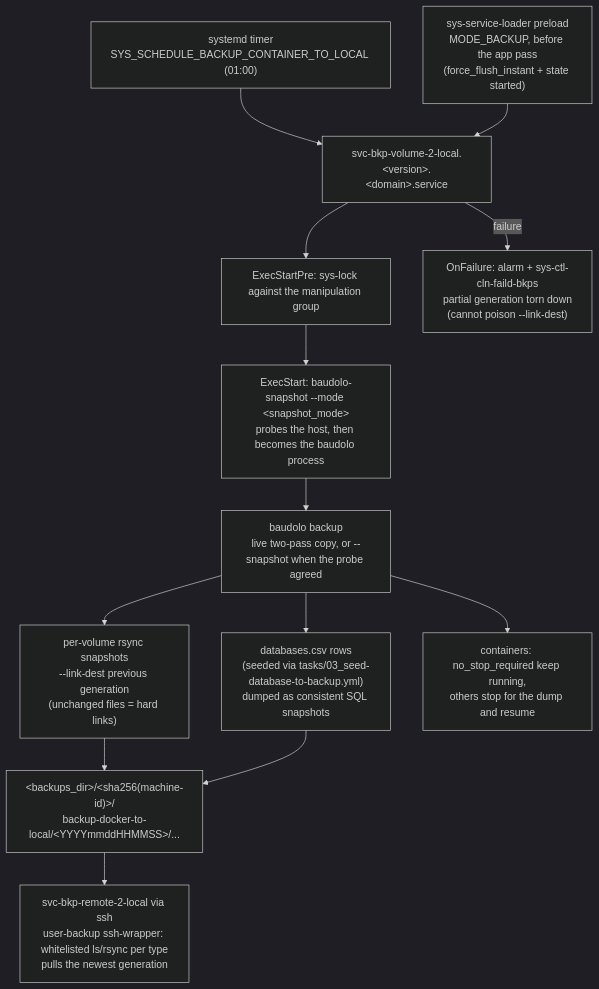
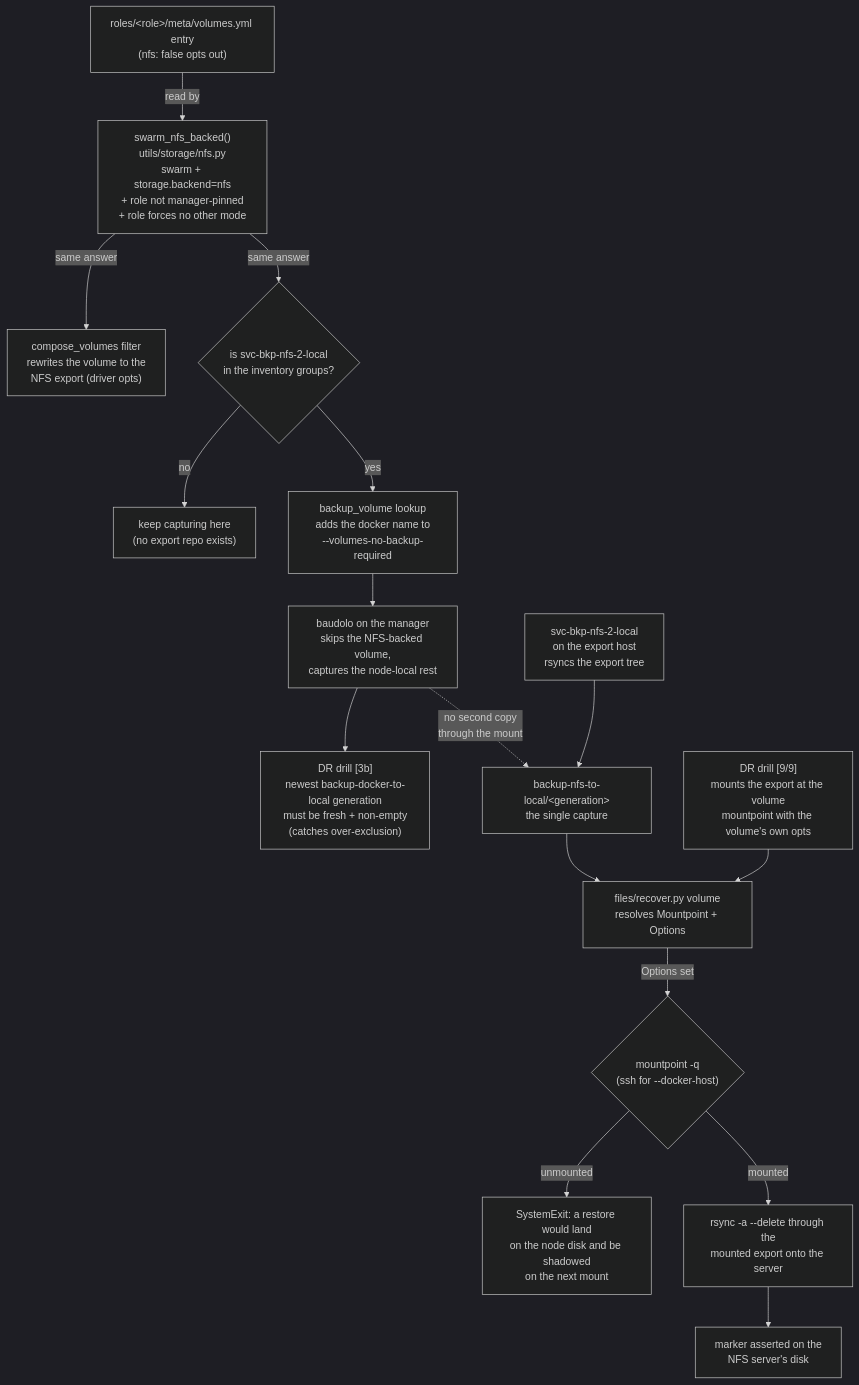
One commit to AlejandroRomanIbanez/infinito-nexus changed the second of 4 diagrams in roles/svc-bkp-volume-2-local/README.md. Above: the diagram before and after it, drawn with Mermaid (dark theme). The commit also changed other lines of this file and 2 other files, not shown here.

````diff
--- a/roles/svc-bkp-volume-2-local/README.md
+++ b/roles/svc-bkp-volume-2-local/README.md
@@ -63,15 +66,18 @@
 ```mermaid
 flowchart TD
-    TIMER["systemd timer<br>SYS_SCHEDULE_BACKUP_CONTAINER_TO_LOCAL (01:00)"] --> UNIT
-    PRELOAD["sys-service-loader preload<br>MODE_BACKUP, before the app pass<br>(force_flush_instant + state started)"] --> UNIT
-    UNIT["svc-bkp-volume-2-local.&lt;version&gt;.&lt;domain&gt;.service"] --> LOCK["ExecStartPre: sys-lock against the manipulation group"]
-    LOCK --> LAUNCH["ExecStart: baudolo-snapshot --mode &lt;snapshot_mode&gt;<br>probes the host, then becomes the baudolo process"]
-    LAUNCH --> BAUDOLO["baudolo backup<br>live two-pass copy, or --snapshot when the probe agreed"]
-    BAUDOLO --> FILES["per-volume rsync snapshots<br>--link-dest previous generation<br>(unchanged files = hard links)"]
-    BAUDOLO --> DBS["databases.csv rows<br>(seeded via tasks/03_seed-database-to-backup.yml)<br>dumped as consistent SQL snapshots"]
-    BAUDOLO --> STOP["containers: no_stop_required keep running,<br>others stop for the dump and resume"]
-    FILES --> TREE["&lt;backups_dir&gt;/&lt;sha256(machine-id)&gt;/<br>backup-docker-to-local/&lt;YYYYmmddHHMMSS&gt;/..."]
-    DBS --> TREE
-    UNIT -->|failure| ALARM["OnFailure: alarm + sys-ctl-cln-faild-bkps<br>partial generation torn down<br>(cannot poison --link-dest)"]
-    TREE --> PULL["svc-bkp-remote-2-local via ssh<br>user-backup ssh-wrapper: whitelisted ls/rsync per type<br>pulls the newest generation"]
+    META["roles/&lt;role&gt;/meta/volumes.yml entry<br>(nfs: false opts out)"] -->|read by| SPOT["swarm_nfs_backed()<br>utils/storage/nfs.py<br>swarm + storage.backend=nfs<br>+ role not manager-pinned<br>+ role forces no other mode"]
+    SPOT -->|same answer| COMPOSE["compose_volumes filter<br>rewrites the volume to the<br>NFS export (driver opts)"]
+    SPOT -->|same answer| GATE{"is svc-bkp-nfs-2-local<br>in the inventory groups?"}
+    GATE -->|no| KEEP["keep capturing here<br>(no export repo exists)"]
+    GATE -->|yes| LOOKUP["backup_volume lookup<br>adds the docker name to<br>--volumes-no-backup-required"]
+    LOOKUP --> BAUDOLO["baudolo on the manager<br>skips the NFS-backed volume,<br>captures the node-local rest"]
+    BAUDOLO --> CHECK3B["DR drill [3b]<br>newest backup-docker-to-local generation<br>must be fresh + non-empty<br>(catches over-exclusion)"]
+    EXPORT["svc-bkp-nfs-2-local<br>on the export host<br>rsyncs the export tree"] --> TREE["backup-nfs-to-local/&lt;generation&gt;<br>the single capture"]
+    BAUDOLO -.->|"no second copy<br>through the mount"| TREE
+    TREE --> RECOVER["files/recover.py volume<br>resolves Mountpoint + Options"]
+    RECOVER -->|"Options set"| PROBE{"mountpoint -q<br>(ssh for --docker-host)"}
+    PROBE -->|unmounted| REFUSE["SystemExit: a restore would land<br>on the node disk and be shadowed<br>on the next mount"]
+    PROBE -->|mounted| RSYNC["rsync -a --delete through the<br>mounted export onto the server"]
+    DRILL["DR drill [9/9]<br>mounts the export at the volume<br>mountpoint with the volume's own opts"] --> RECOVER
+    RSYNC --> VERIFY["marker asserted on the<br>NFS server's disk"]
 ```
````
